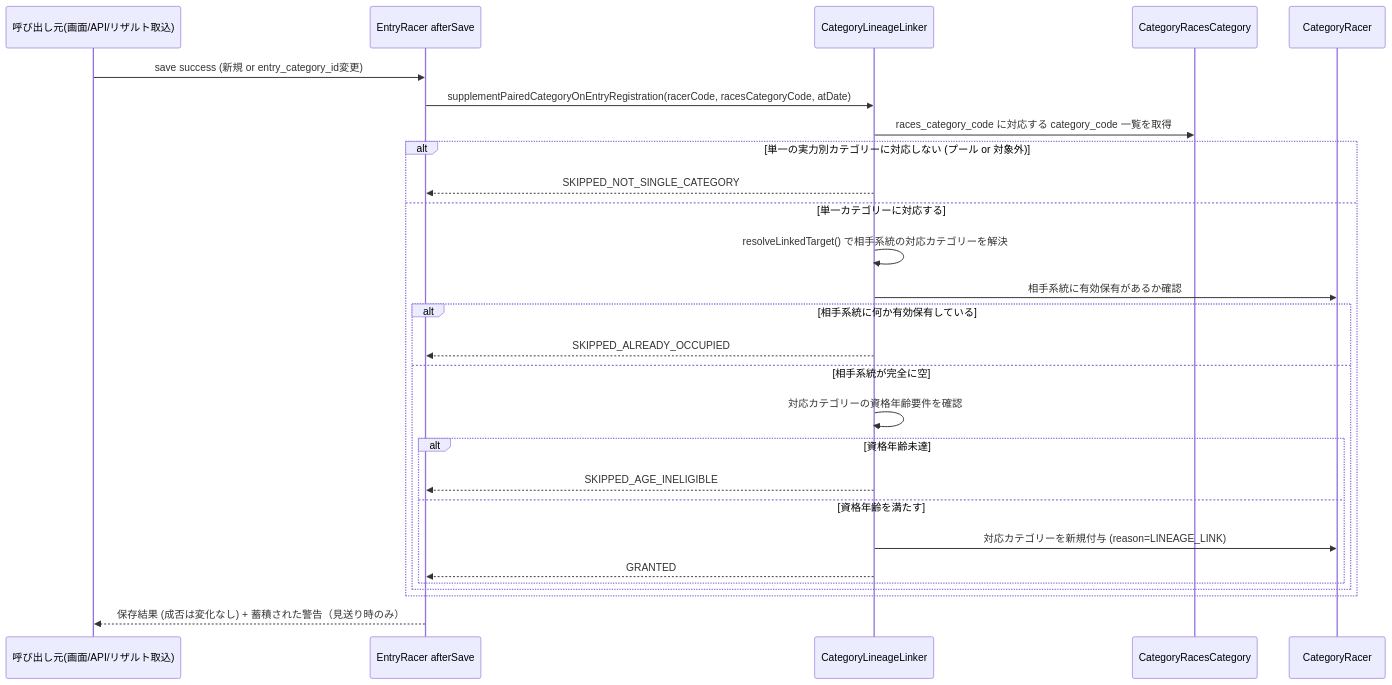
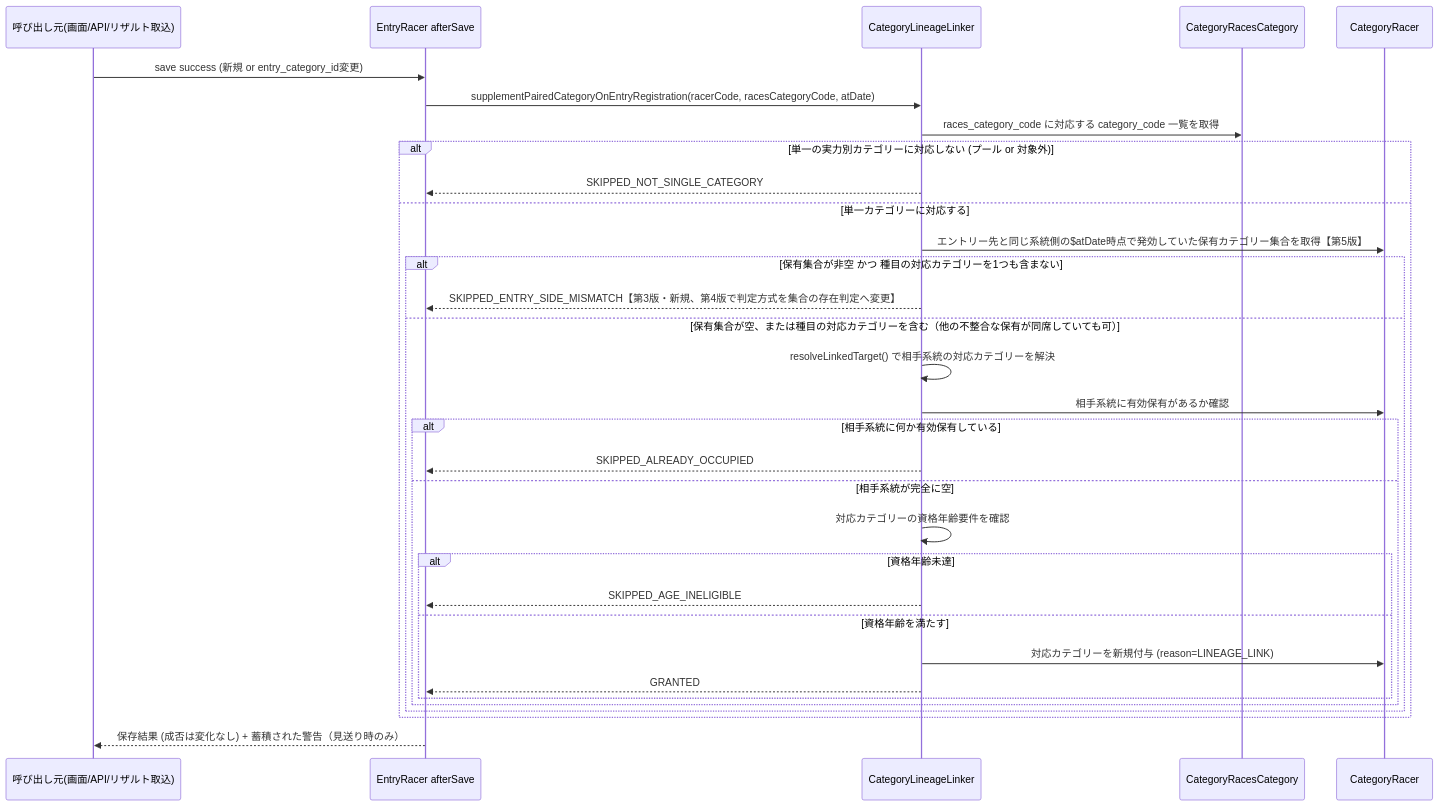
One commit to cyclox-dev/cyclox2_docker changed the second of 4 diagrams in .kiro/specs/entry-auto-category-2026-27/design.md. Above: the diagram before and after it, drawn with Mermaid. The commit also changed other lines of this file and 4 other files, not shown here.

````diff
--- a/.kiro/specs/entry-auto-category-2026-27/design.md
+++ b/.kiro/specs/entry-auto-category-2026-27/design.md
@@ -238,30 +300,35 @@
 ```mermaid
 sequenceDiagram
     participant Caller as 呼び出し元(画面/API/リザルト取込)
     participant ER as EntryRacer afterSave
     participant Linker as CategoryLineageLinker
     participant CRC as CategoryRacesCategory
     participant CR as CategoryRacer
 
     Caller->>ER: save success (新規 or entry_category_id変更)
     ER->>Linker: supplementPairedCategoryOnEntryRegistration(racerCode, racesCategoryCode, atDate)
     Linker->>CRC: races_category_code に対応する category_code 一覧を取得
     alt 単一の実力別カテゴリーに対応しない (プール or 対象外)
         Linker-->>ER: SKIPPED_NOT_SINGLE_CATEGORY
     else 単一カテゴリーに対応する
-        Linker->>Linker: resolveLinkedTarget() で相手系統の対応カテゴリーを解決
-        Linker->>CR: 相手系統に有効保有があるか確認
-        alt 相手系統に何か有効保有している
-            Linker-->>ER: SKIPPED_ALREADY_OCCUPIED
-        else 相手系統が完全に空
-            Linker->>Linker: 対応カテゴリーの資格年齢要件を確認
-            alt 資格年齢未達
-                Linker-->>ER: SKIPPED_AGE_INELIGIBLE
-            else 資格年齢を満たす
-                Linker->>CR: 対応カテゴリーを新規付与 (reason=LINEAGE_LINK)
-                Linker-->>ER: GRANTED
+        Linker->>CR: エントリー先と同じ系統側の$atDate時点で発効していた保有カテゴリー集合を取得【第5版】
+        alt 保有集合が非空 かつ 種目の対応カテゴリーを1つも含まない
+            Linker-->>ER: SKIPPED_ENTRY_SIDE_MISMATCH【第3版・新規、第4版で判定方式を集合の存在判定へ変更】
+        else 保有集合が空、または種目の対応カテゴリーを含む（他の不整合な保有が同席していても可）
+            Linker->>Linker: resolveLinkedTarget() で相手系統の対応カテゴリーを解決
+            Linker->>CR: 相手系統に有効保有があるか確認
+            alt 相手系統に何か有効保有している
+                Linker-->>ER: SKIPPED_ALREADY_OCCUPIED
+            else 相手系統が完全に空
+                Linker->>Linker: 対応カテゴリーの資格年齢要件を確認
+                alt 資格年齢未達
+                    Linker-->>ER: SKIPPED_AGE_INELIGIBLE
+                else 資格年齢を満たす
+                    Linker->>CR: 対応カテゴリーを新規付与 (reason=LINEAGE_LINK)
+                    Linker-->>ER: GRANTED
+                end
             end
         end
     end
     ER-->>Caller: 保存結果 (成否は変化なし) + 蓄積された警告（見送り時のみ）
 ```
````
